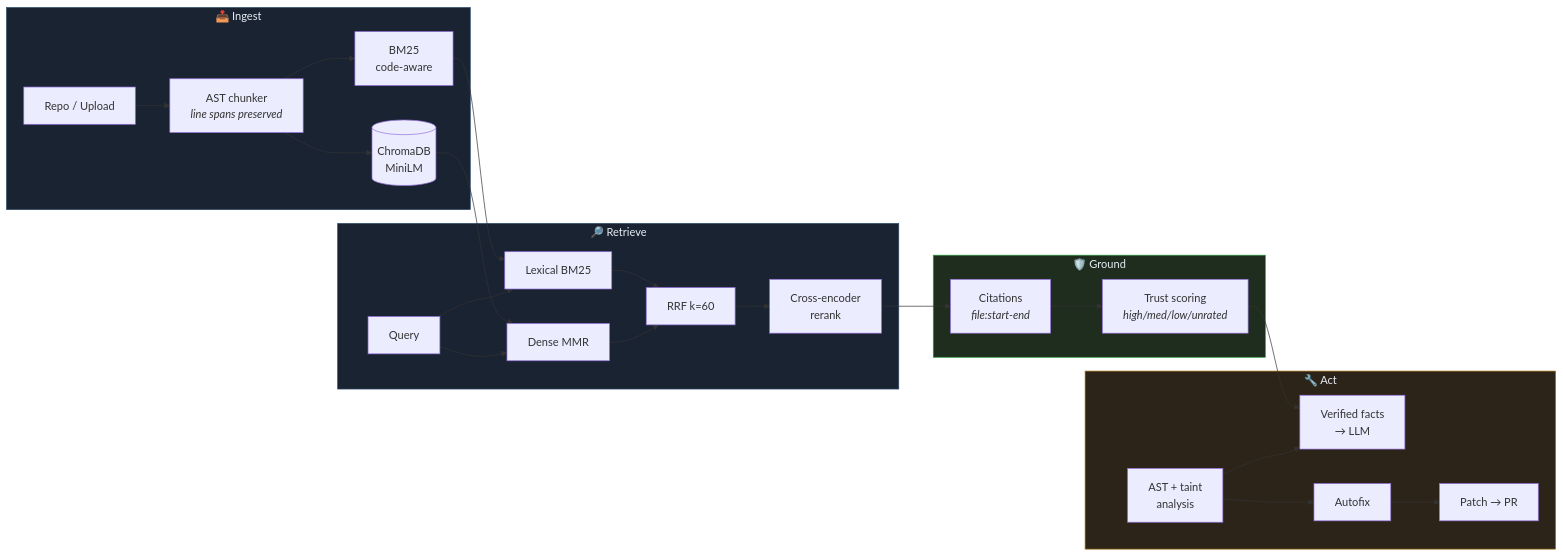
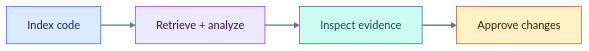
One commit to garimauttam/SavFlux changed the diagram in README.md. Above: the diagram before and after it, drawn with Mermaid. The commit also changed other lines of this file and 118 other files, not shown here.

````diff
--- a/README.md
+++ b/README.md
@@ -390,36 +31,15 @@
 ```mermaid
 flowchart LR
-    subgraph INGEST["📥 Ingest"]
-        A[Repo / Upload] --> B[AST chunker<br/><i>line spans preserved</i>]
-        B --> C[(ChromaDB<br/>MiniLM)]
-        B --> D[BM25<br/>code-aware]
-    end
-
-    subgraph RETRIEVE["🔎 Retrieve"]
-        Q[Query] --> E[Dense MMR]
-        Q --> F[Lexical BM25]
-        E --> G[RRF k=60]
-        F --> G
-        G --> H[Cross-encoder<br/>rerank]
-    end
-
-    subgraph GROUND["🛡️ Ground"]
-        H --> I[Citations<br/><i>file:start-end</i>]
-        I --> J[Trust scoring<br/><i>high/med/low/unrated</i>]
-    end
-
-    subgraph ACT["🔧 Act"]
-        K[AST + taint<br/>analysis] --> L[Verified facts<br/>→ LLM]
-        K --> M[Autofix]
-        M --> N[Patch → PR]
-    end
-
-    C --> E
-    D --> F
-    J --> L
-
-    style INGEST fill:#1a2332,stroke:#2d4a6b,color:#e6edf3
-    style RETRIEVE fill:#1a2332,stroke:#2d4a6b,color:#e6edf3
-    style GROUND fill:#1f2d1f,stroke:#2ea043,color:#e6edf3
-    style ACT fill:#2d2419,stroke:#9e6a03,color:#e6edf3
+    A["Index code"] --> B["Retrieve + analyze"]
+    B --> C["Inspect evidence"]
+    C --> D["Approve changes"]
+    classDef data fill:#dbeafe,stroke:#2563eb,color:#172554
+    classDef work fill:#ede9fe,stroke:#7c3aed,color:#2e1065
+    classDef evidence fill:#ccfbf1,stroke:#0f766e,color:#134e4a
+    classDef gate fill:#fef3c7,stroke:#b45309,color:#451a03
+    class A data
+    class B work
+    class C evidence
+    class D gate
+    linkStyle default stroke:#64748b,stroke-width:2px
 ```
````
